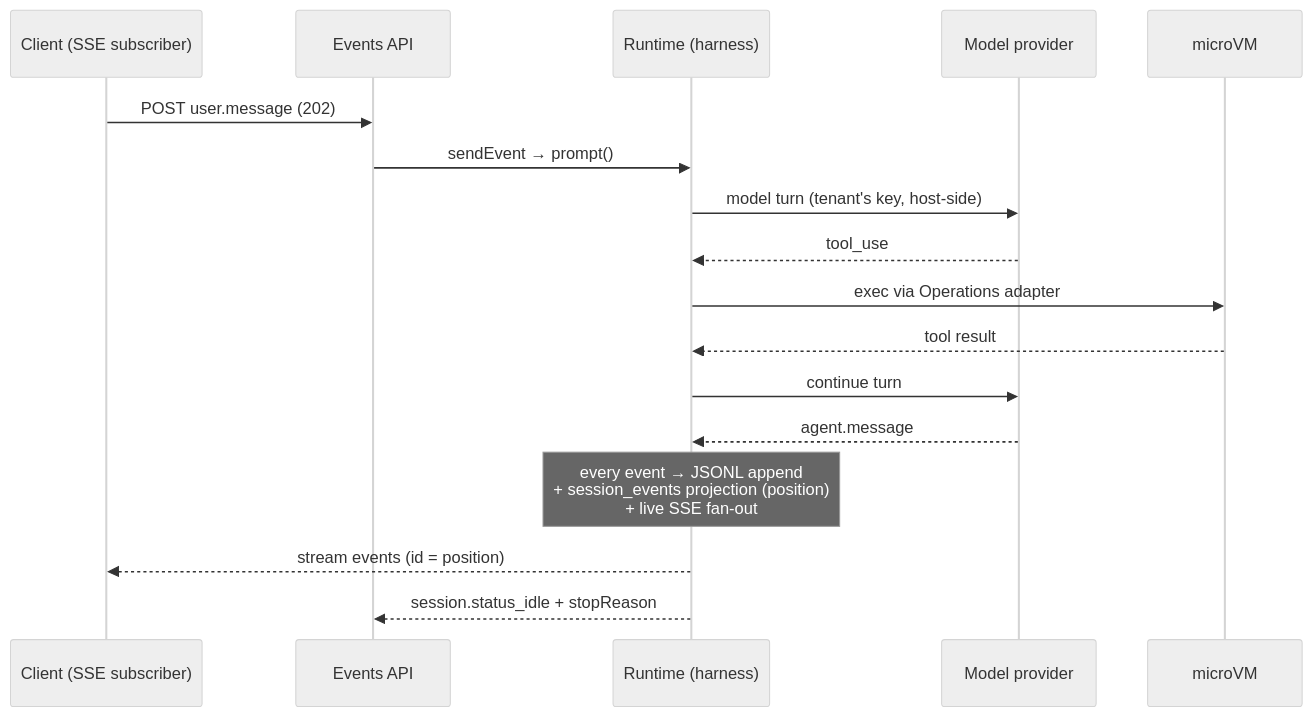
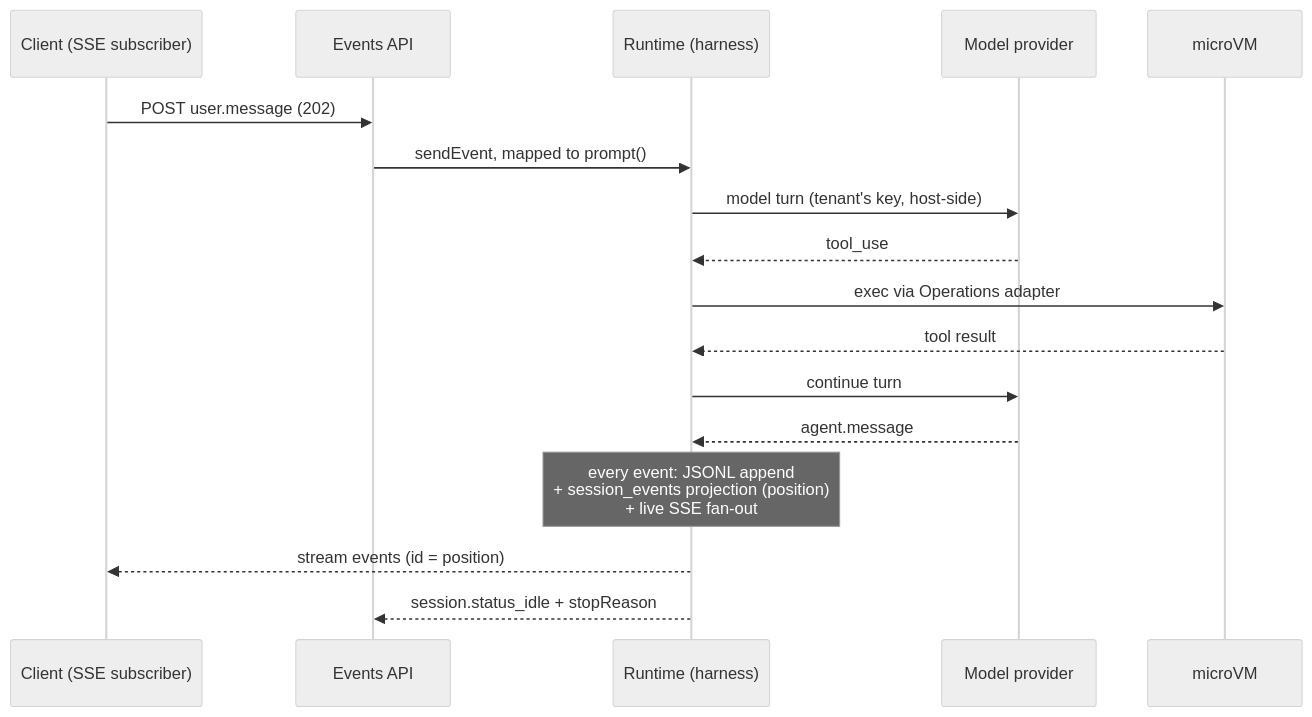
Before and after one commit to msdavid/pi-backend: the second of 2 diagrams in docs/architecture.md, drawn with Mermaid (neutral theme). The commit also changed other lines of this file, not shown here.

First line of the commit message:
Fix mermaid diagrams for GitHub rendering

````diff
--- a/docs/architecture.md
+++ b/docs/architecture.md
@@ -384,20 +384,20 @@
 ```mermaid
 sequenceDiagram
     participant C as Client (SSE subscriber)
     participant E as Events API
     participant R as Runtime (harness)
     participant M as Model provider
     participant V as microVM
 
     C->>E: POST user.message (202)
-    E->>R: sendEvent → prompt()
+    E->>R: sendEvent, mapped to prompt()
     R->>M: model turn (tenant's key, host-side)
     M-->>R: tool_use
     R->>V: exec via Operations adapter
     V-->>R: tool result
     R->>M: continue turn
     M-->>R: agent.message
-    Note over R: every event → JSONL append<br/>+ session_events projection (position)<br/>+ live SSE fan-out
+    Note over R: every event: JSONL append<br/>+ session_events projection (position)<br/>+ live SSE fan-out
     R-->>C: stream events (id = position)
     R-->>E: session.status_idle + stopReason
 ```
````
